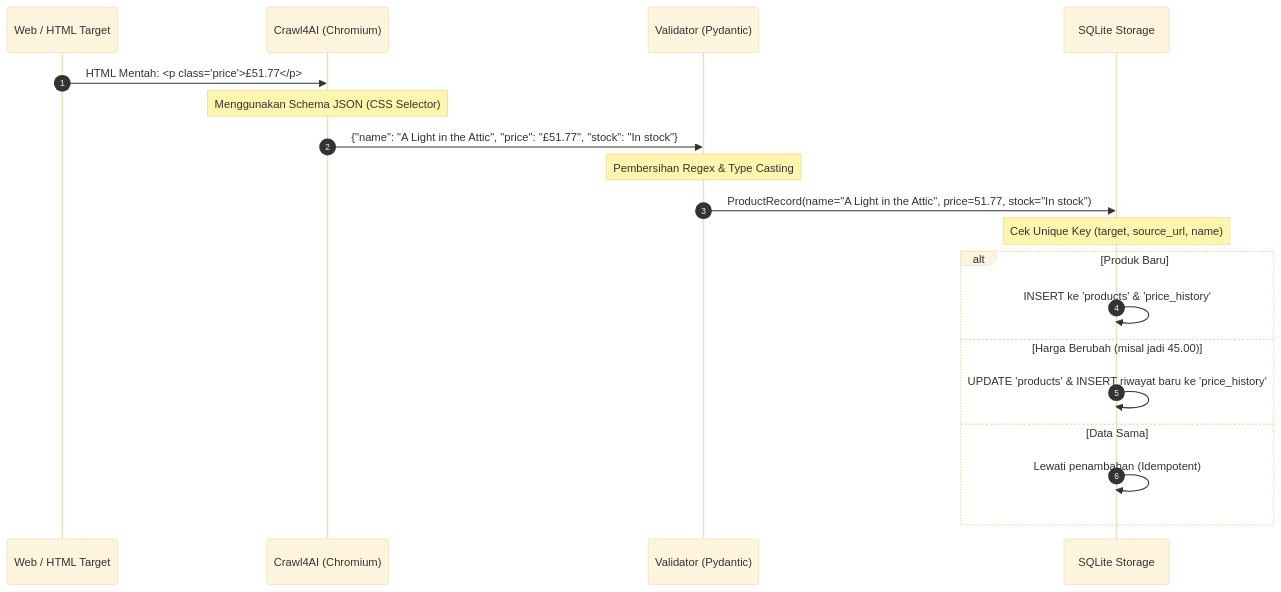
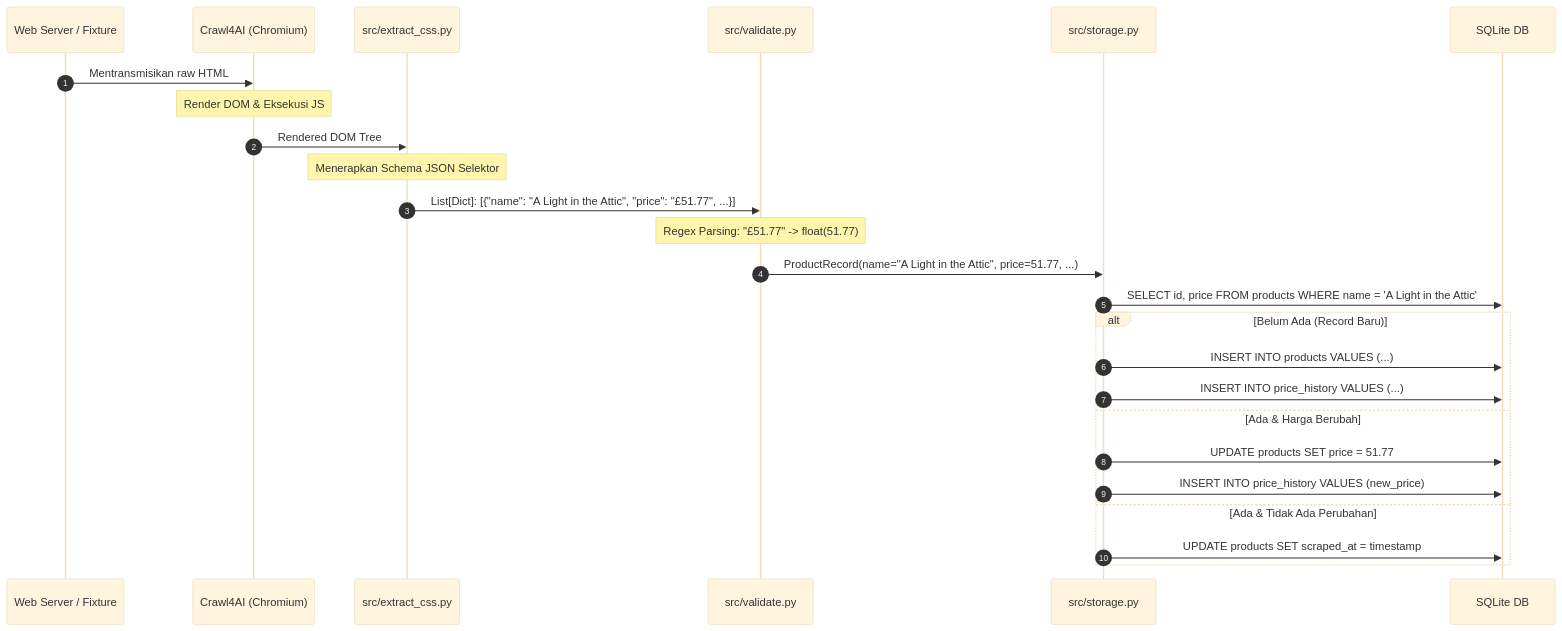
Before and after one commit to fahruulc/Crawl4AI-Web-Scraper-basic: the second of 2 diagrams in scrape_understanding.md, drawn with Mermaid (base theme). The commit also changed other lines of this file, not shown here.

````diff
--- a/scrape_understanding.md
+++ b/scrape_understanding.md
@@ -270,22 +442,28 @@
 ```mermaid
 sequenceDiagram
     autonumber
-    participant Web as Web / HTML Target
-    participant Engine as Crawl4AI (Chromium)
-    participant Val as Validator (Pydantic)
-    participant DB as SQLite Storage
-    
-    Web->>Engine: HTML Mentah: <p class='price'>£51.77</p>
-    Note over Engine: Menggunakan Schema JSON (CSS Selector)
-    Engine->>Val: {"name": "A Light in the Attic", "price": "£51.77", "stock": "In stock"}
-    Note over Val: Pembersihan Regex & Type Casting
-    Val->>DB: ProductRecord(name="A Light in the Attic", price=51.77, stock="In stock")
-    Note over DB: Cek Unique Key (target, source_url, name)
-    alt Produk Baru
-        DB->>DB: INSERT ke 'products' & 'price_history'
-    else Harga Berubah (misal jadi 45.00)
-        DB->>DB: UPDATE 'products' & INSERT riwayat baru ke 'price_history'
-    else Data Sama
-        DB->>DB: Lewati penambahan (Idempotent)
+    participant TargetWeb as Web Server / Fixture
+    participant C4AI as Crawl4AI (Chromium)
+    participant Extractor as src/extract_css.py
+    participant Validator as src/validate.py
+    participant Storage as src/storage.py
+    participant SQLite as SQLite DB
+
+    TargetWeb->>C4AI: Mentransmisikan raw HTML
+    Note over C4AI: Render DOM & Eksekusi JS
+    C4AI->>Extractor: Rendered DOM Tree
+    Note over Extractor: Menerapkan Schema JSON Selektor
+    Extractor->>Validator: List[Dict]: [{"name": "A Light in the Attic", "price": "£51.77", ...}]
+    Note over Validator: Regex Parsing: "£51.77" -> float(51.77)
+    Validator->>Storage: ProductRecord(name="A Light in the Attic", price=51.77, ...)
+    Storage->>SQLite: SELECT id, price FROM products WHERE name = 'A Light in the Attic'
+    alt Belum Ada (Record Baru)
+        Storage->>SQLite: INSERT INTO products VALUES (...)
+        Storage->>SQLite: INSERT INTO price_history VALUES (...)
+    else Ada & Harga Berubah
+        Storage->>SQLite: UPDATE products SET price = 51.77
+        Storage->>SQLite: INSERT INTO price_history VALUES (new_price)
+    else Ada & Tidak Ada Perubahan
+        Storage->>SQLite: UPDATE products SET scraped_at = timestamp
     end
 ```
````
